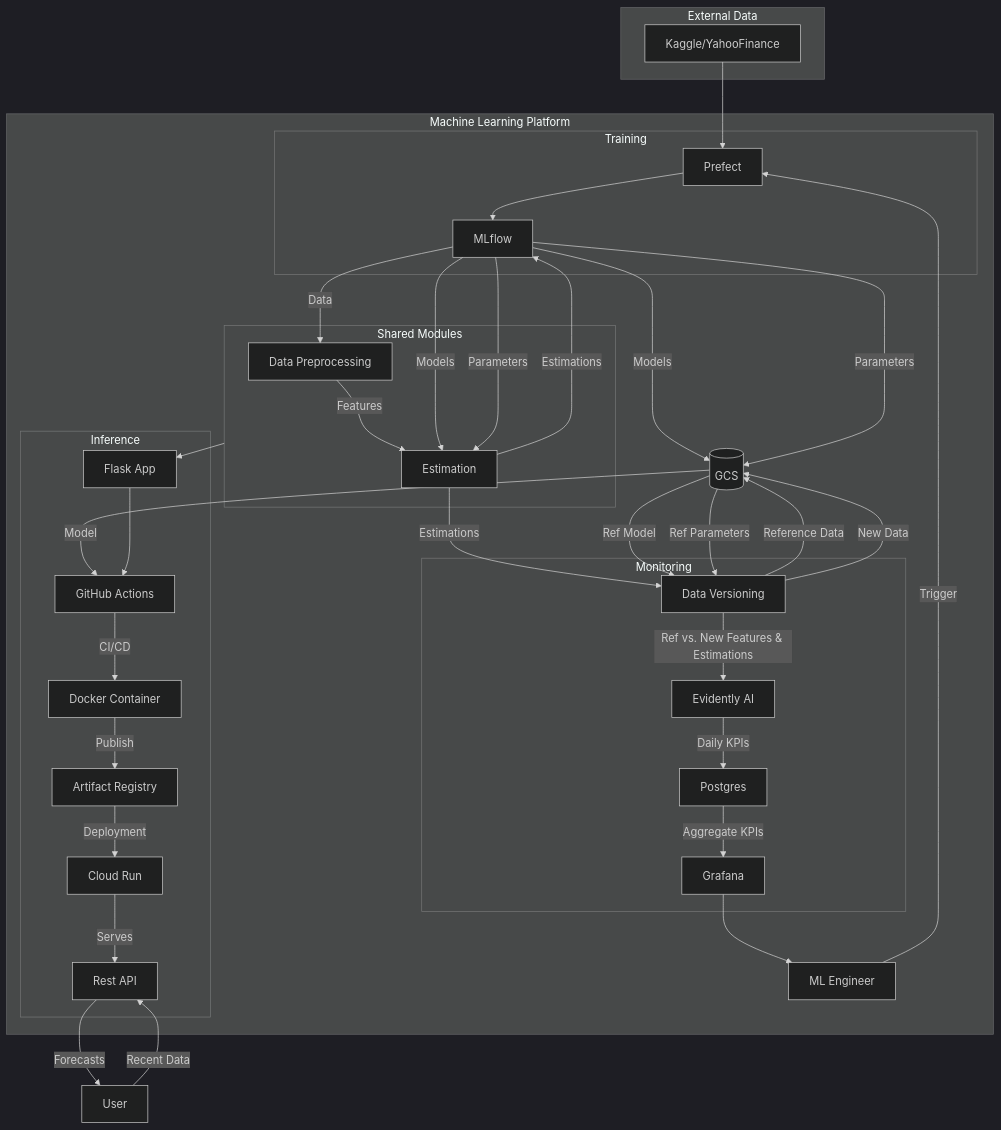
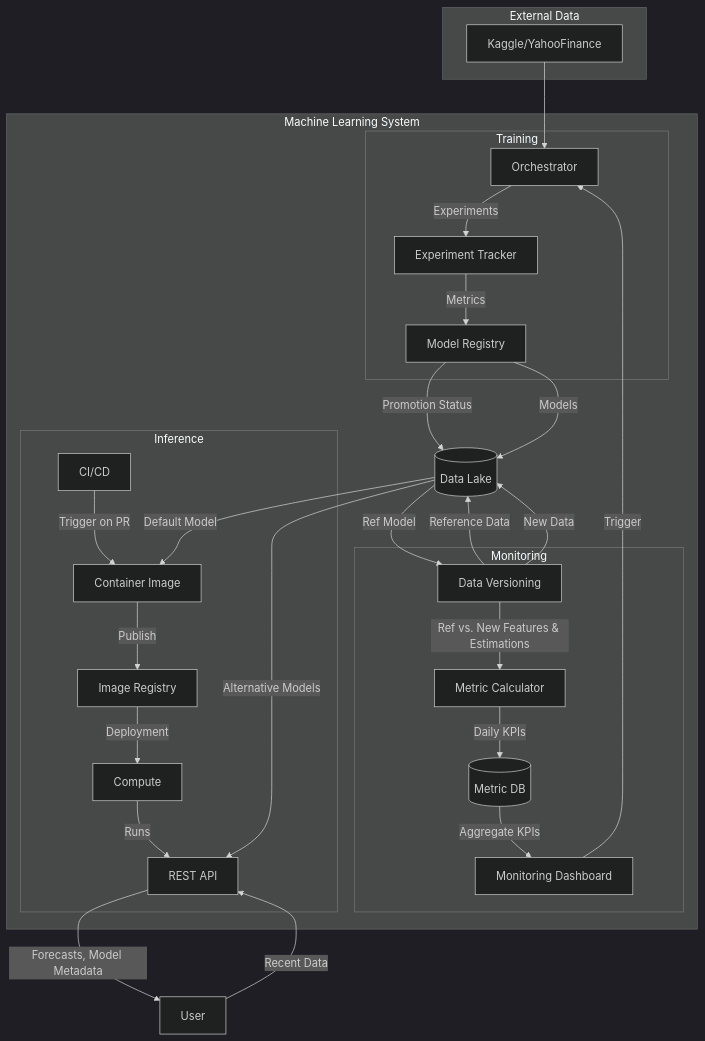
Before and after one commit to OnurKerimoglu/stocks_forecasting_live: the diagram in README.md, drawn with Mermaid. The commit also changed other lines of this file and 1 other file, not shown here.

````diff
--- a/README.md
+++ b/README.md
@@ -44,68 +30,56 @@
 ```mermaid
 ---
 config:
   layout: dagre
   look: classic
   theme: dark
 ---
  flowchart TB
  subgraph Ext["External Data"]
         DSource["Kaggle/YahooFinance"]
   end
- subgraph Shared["Shared Modules"]
-        DataPP["Data Preprocessing"]
-        Predictor["Estimation"]
-  end
  subgraph Training["Training"]
-        Pr["Prefect"]
-        Mlf["MLflow"]
+        Pr["Orchestrator"]
+        Tracker["Experiment Tracker"]
+        Registry["Model Registry"]
   end
  subgraph Serving["Inference"]
-        GHA["GitHub Actions"]
-        Flask["Flask App"]
-        AR["Artifact Registry"]
-        CE["Cloud Run"]
-        RAPI["Rest API"]
-        Container["Docker Container"]
+        CICD["CI/CD"]
+        AR["Image Registry"]
+        CE["Compute"]
+        RAPI["REST API"]
+        Container["Container Image"]
   end
  subgraph Monitoring["Monitoring"]
         DV["Data Versioning"]
-        Ev["Evidently AI"]
-        Mdashboards["Grafana"]
-        DB["Postgres"]
+        Ev["Metric Calculator"]
+        Mdashboards["Monitoring Dashboard"]
+        DB[("Metric DB")]
   end
- subgraph MLPl["Machine Learning Platform"]
-        MLE["ML Engineer"]
-        MlDl[("GCS")]
-        Shared
+ subgraph MLPl["Machine Learning System"]
+        MlDl[("Data Lake")]
         Training
         Serving
         Monitoring
   end
     DSource --> Pr
-    DataPP -- Features --> Predictor
-    Predictor -- Estimations --> Mlf
-    Predictor-- Estimations --> DV
-    Shared --> Flask
-    Pr --> Mlf
-    Mlf -- Models --> MlDl & Predictor
-    Mlf -- Parameters --> MlDl & Predictor
-    Mlf -- Data --> DataPP
-    MlDl -- Model --> GHA
-    Flask --> GHA
-    GHA -- CI/CD --> Container
+    Pr -- Experiments --> Tracker
+    Tracker -- Metrics --> Registry
+    Registry -- Promotion Status --> MlDl
+    Registry -- Models --> MlDl
+    MlDl -- Default Model --> Container
+    CICD -- Trigger on PR --> Container
     Container -- Publish --> AR
     AR -- Deployment --> CE
-    CE -- Serves --> RAPI
+    MlDl -- Alternative Models --> RAPI
+    CE -- Runs --> RAPI
     MlDl -- Ref Model --> DV
-    MlDl -- Ref Parameters --> DV
     DV -- Reference Data --> MlDl
     DV -- New Data --> MlDl
     DV -- Ref vs. New Features & Estimations --> Ev
     Ev -- Daily KPIs --> DB
     DB -- Aggregate KPIs --> Mdashboards
-    MLE -- Trigger --> Pr
-    Mdashboards --> MLE
+    Mdashboards -- Trigger --> Pr
     User -- Recent Data --> RAPI
-    RAPI -- Forecasts --> User
+    RAPI -- Forecasts, Model Metadata --> User
 ```
````
